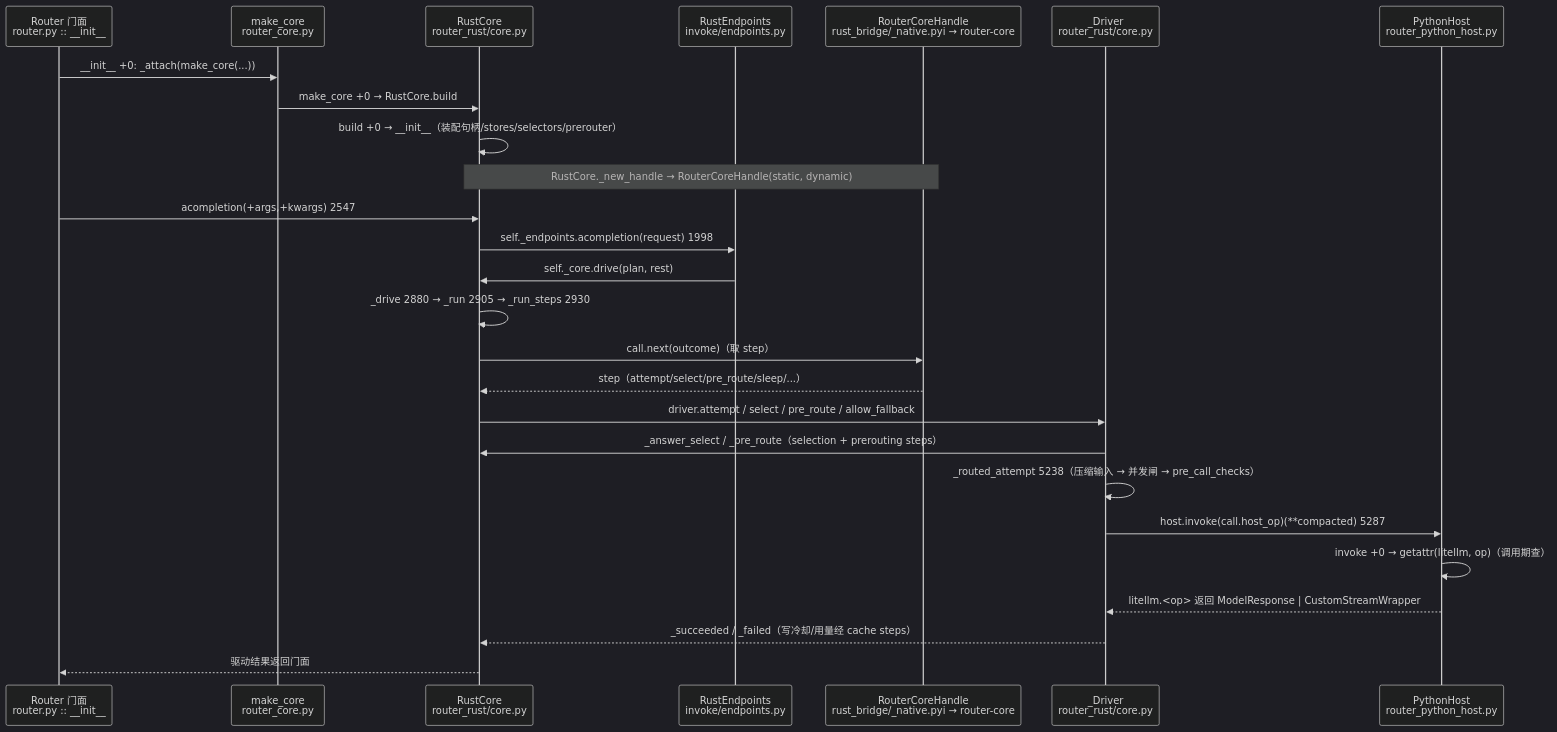
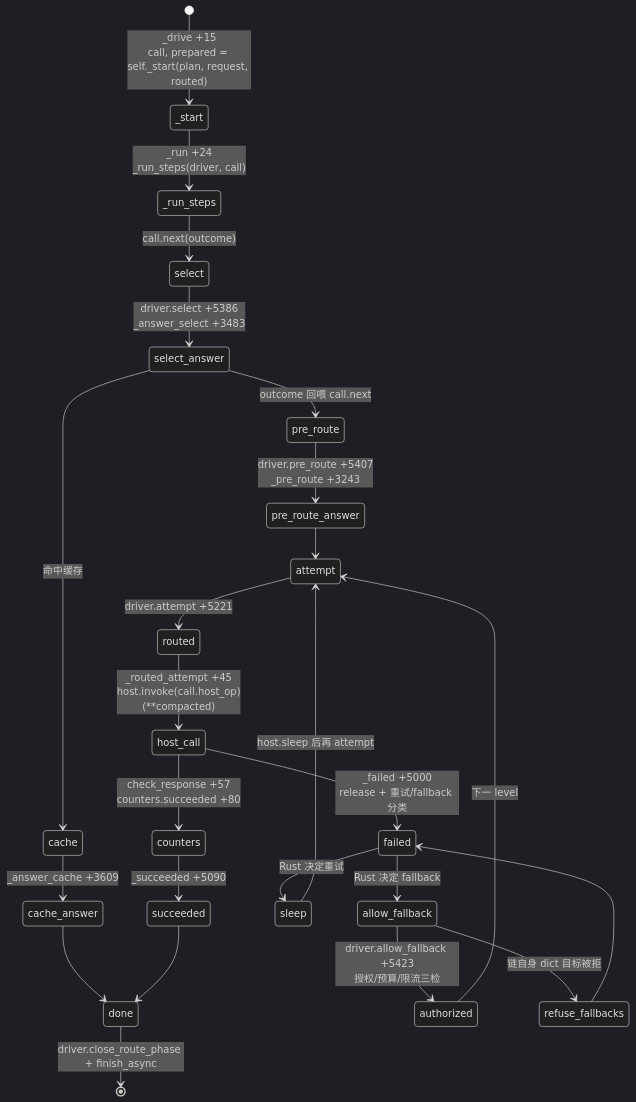
The first of 2 diagrams in docs/sourceReader/04-function-reference/13-rust-router-core.md (adrian9778/litellm), drawn with Mermaid (dark theme) before and after one commit. The commit also changed other lines of this file and 28 other files, not shown here.

````diff
--- a/docs/sourceReader/04-function-reference/13-rust-router-core.md
+++ b/docs/sourceReader/04-function-reference/13-rust-router-core.md
@@ -208,29 +297,27 @@
 ```mermaid
-sequenceDiagram
-    participant Router as Router 门面<br/>router.py :: __init__
-    participant MC as make_core<br/>router_core.py
-    participant RC as RustCore<br/>router_rust/core.py
-    participant EP as RustEndpoints<br/>invoke/endpoints.py
-    participant H as RouterCoreHandle<br/>rust_bridge/_native.pyi → router-core
-    participant DR as _Driver<br/>router_rust/core.py
-    participant PH as PythonHost<br/>router_python_host.py
-
-    Router->>MC: __init__ +0: _attach(make_core(...))
-    MC->>RC: make_core +0 → RustCore.build
-    RC->>RC: build +0 → __init__（装配句柄/stores/selectors/prerouter）
-    Note over RC,H: RustCore._new_handle → RouterCoreHandle(static, dynamic)
-    Router->>RC: acompletion(+args,+kwargs) 2547
-    RC->>EP: self._endpoints.acompletion(request) 1998
-    EP->>RC: self._core.drive(plan, rest)
-    RC->>RC: _drive 2880 → _run 2905 → _run_steps 2930
-    RC->>H: call.next(outcome)（取 step）
-    H-->>RC: step（attempt/select/pre_route/sleep/...）
-    RC->>DR: driver.attempt / select / pre_route / allow_fallback
-    DR->>RC: _answer_select / _pre_route（selection + prerouting steps）
-    DR->>DR: _routed_attempt 5238（压缩输入 → 并发闸 → pre_call_checks）
-    DR->>PH: host.invoke(call.host_op)(**compacted) 5287
-    PH->>PH: invoke +0 → getattr(litellm, op)（调用期查）
-    PH-->>DR: litellm.<op> 返回 ModelResponse | CustomStreamWrapper
-    DR-->>RC: _succeeded / _failed（写冷却/用量经 cache steps）
-    RC-->>Router: 驱动结果返回门面
+stateDiagram-v2
+    [*] --> _start: _drive +15<br/>call, prepared = self._start(plan, request, routed)
+    _start --> _run_steps: _run +24<br/>_run_steps(driver, call)
+    _run_steps --> select: call.next(outcome)
+    select --> select_answer: driver.select +5386<br/>_answer_select +3483
+    select_answer --> pre_route: outcome 回喂 call.next
+    pre_route --> pre_route_answer: driver.pre_route +5407<br/>_pre_route +3243
+    pre_route_answer --> attempt
+    select_answer --> cache: 命中缓存
+    cache --> cache_answer: _answer_cache +3609
+    cache_answer --> done
+    attempt --> routed: driver.attempt +5221
+    routed --> host_call: _routed_attempt +45<br/>host.invoke(call.host_op)(**compacted)
+    host_call --> counters: check_response +57<br/>counters.succeeded +80
+    counters --> succeeded: _succeeded +5090
+    succeeded --> done
+    host_call --> failed: _failed +5000<br/>release + 重试/fallback 分类
+    failed --> sleep: Rust 决定重试
+    sleep --> attempt: host.sleep 后再 attempt
+    failed --> allow_fallback: Rust 决定 fallback
+    allow_fallback --> authorized: driver.allow_fallback +5423<br/>授权/预算/限流三检
+    authorized --> attempt: 下一 level
+    allow_fallback --> refuse_fallbacks: 链自身 dict 目标被拒
+    refuse_fallbacks --> failed
+    done --> [*]: driver.close_route_phase + finish_async
 ```
````
